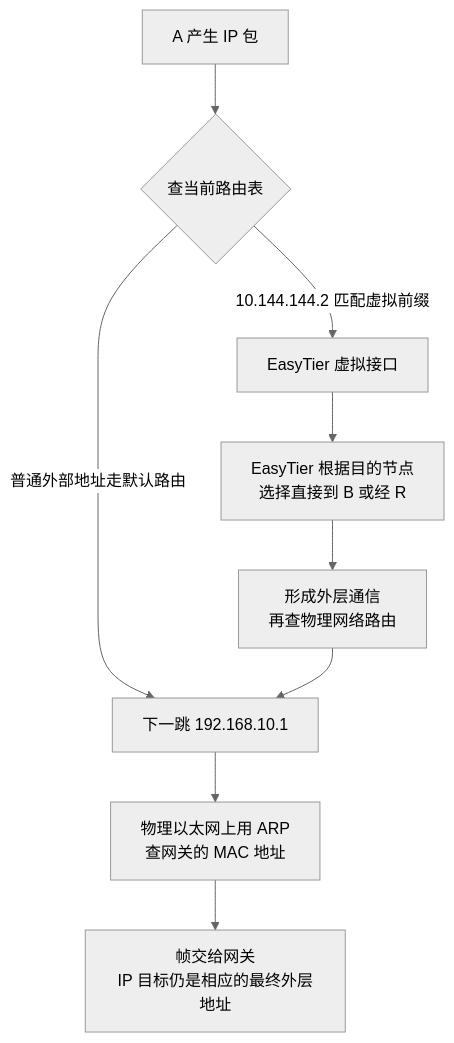
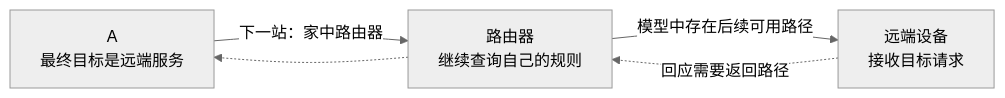
One commit to sonofmagic/easytier-docs changed the diagram in apps/website/chapters/05-routing.md. Above: the diagram before and after it, drawn with Mermaid (neutral theme). The commit also changed other lines of this file and 59 other files, not shown here.

Commit message:
docs: rebuild EasyTier course for network beginners

````diff
--- a/apps/website/chapters/05-routing.md
+++ b/apps/website/chapters/05-routing.md
@@ -33,11 +47,7 @@
 ```mermaid
-flowchart TD
-    P["A 产生 IP 包"] --> Q{"查当前路由表"}
-    Q -->|"10.144.144.2 匹配虚拟前缀"| T["EasyTier 虚拟接口"]
-    T --> V["EasyTier 根据目的节点<br/>选择直接到 B 或经 R"]
-    V --> O["形成外层通信<br/>再查物理网络路由"]
-    Q -->|"普通外部地址走默认路由"| G["下一跳 192.168.10.1"]
-    O --> G
-    G --> A["物理以太网上用 ARP<br/>查网关的 MAC 地址"]
-    A --> F["帧交给网关<br/>IP 目标仍是相应的最终外层地址"]
+flowchart LR
+  A["A<br/>最终目标是远端服务"] -->|"下一站：家中路由器"| G["路由器<br/>继续查询自己的规则"]
+  G -->|"模型中存在后续可用路径"| B["远端设备<br/>接收目标请求"]
+  B -. 回应需要返回路径 .-> G
+  G -.-> A
 ```
````
